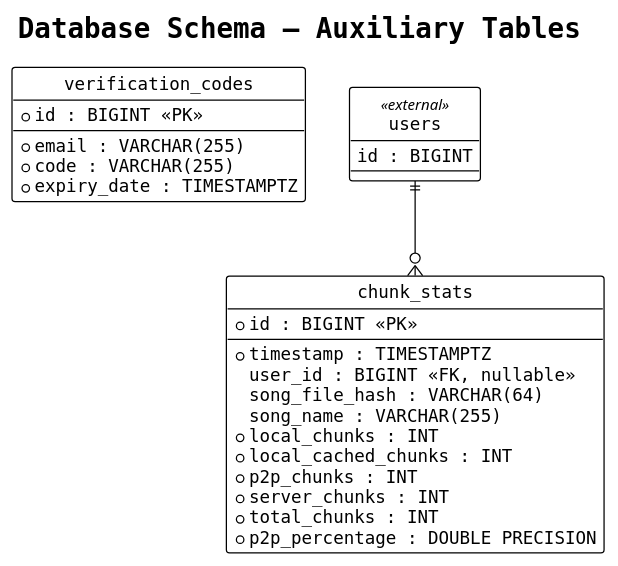
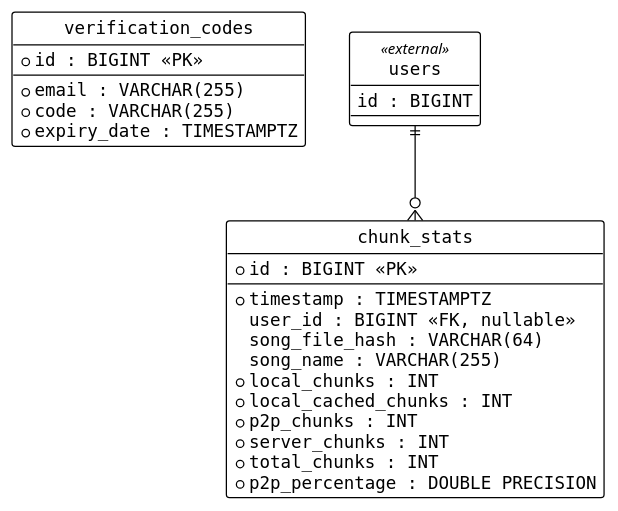
Before and after one commit to SDarius22/music-player-project: the diagram in diagrams/db_schema_auxiliary.puml, drawn with PlantUML. The commit also changed 37 other files, not shown here.

Commit message:
thesis + diagrams

```diff
--- a/diagrams/db_schema_auxiliary.puml
+++ b/diagrams/db_schema_auxiliary.puml
@@ -1,38 +1,36 @@
 @startuml db_schema_auxiliary
 !theme plain
 hide circle
 skinparam linetype ortho
 skinparam defaultFontName monospaced
-
-title Database Schema — Auxiliary Tables
 
 entity "verification_codes" as verification_codes {
   * id : BIGINT <<PK>>
   --
   * email : VARCHAR(255)
   * code : VARCHAR(255)
   * expiry_date : TIMESTAMPTZ
 }
 
 entity "chunk_stats" as chunk_stats {
   * id : BIGINT <<PK>>
   --
   * timestamp : TIMESTAMPTZ
   user_id : BIGINT <<FK, nullable>>
   song_file_hash : VARCHAR(64)
   song_name : VARCHAR(255)
   * local_chunks : INT
   * local_cached_chunks : INT
   * p2p_chunks : INT
   * server_chunks : INT
   * total_chunks : INT
   * p2p_percentage : DOUBLE PRECISION
 }
 
 entity "users" as users <<external>> {
   id : BIGINT
 }
 
 users ||--o{ chunk_stats
 
 @enduml
```
